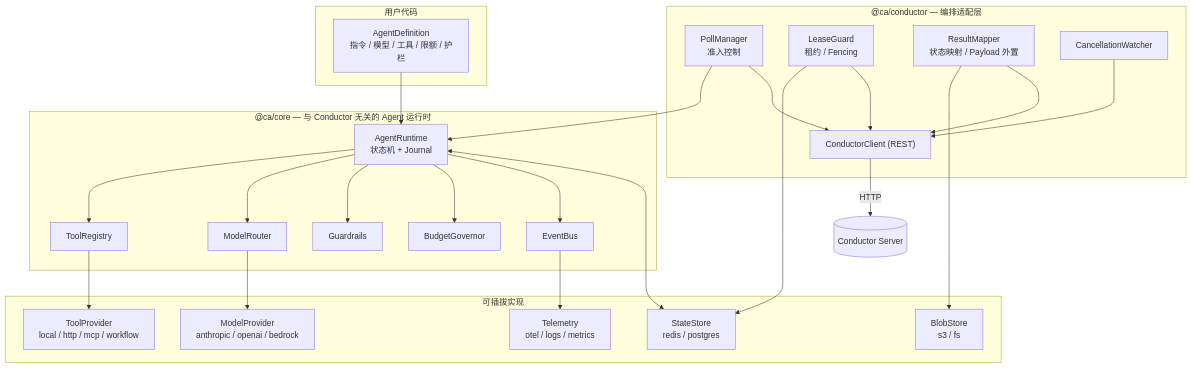
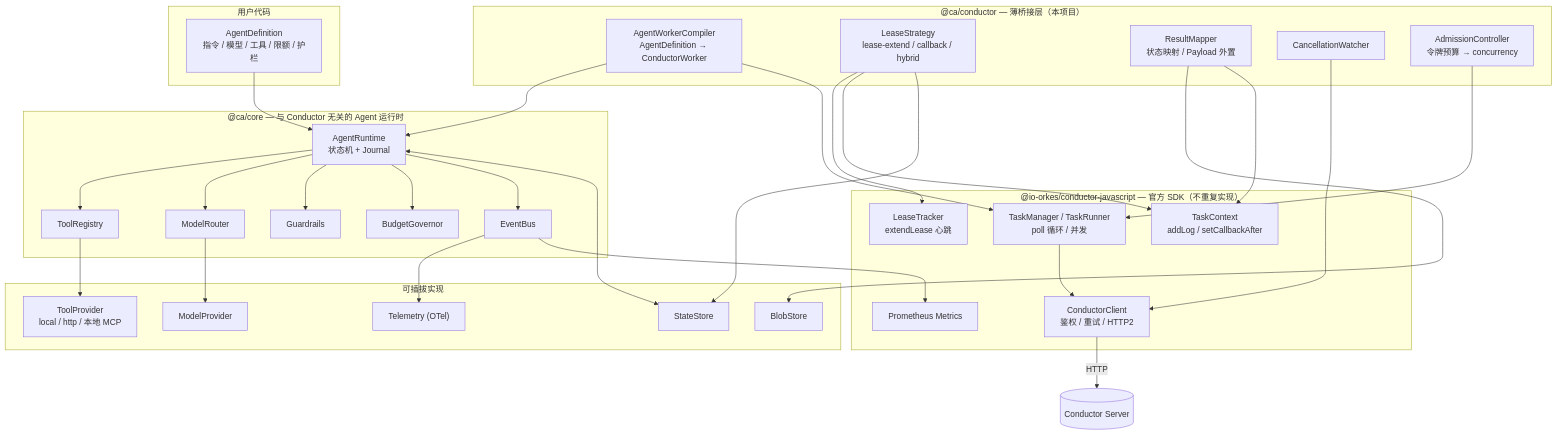
One commit to yiyisf/agent-worker changed the diagram in docs/architecture.md. Above: the diagram before and after it, drawn with Mermaid. The commit also changed other lines of this file and 24 other files, not shown here.

````diff
--- a/docs/architecture.md
+++ b/docs/architecture.md
@@ -66,43 +120,55 @@
 ```mermaid
 graph TB
   subgraph 用户代码
     AD["AgentDefinition<br/>指令 / 模型 / 工具 / 限额 / 护栏"]
   end
 
   subgraph "@ca/core — 与 Conductor 无关的 Agent 运行时"
     RT["AgentRuntime<br/>状态机 + Journal"]
     TR["ToolRegistry"]
     MR["ModelRouter"]
     GR["Guardrails"]
     BG["BudgetGovernor"]
     EV["EventBus"]
   end
 
-  subgraph "@ca/conductor — 编排适配层"
-    PM["PollManager<br/>准入控制"]
-    LG["LeaseGuard<br/>租约 / Fencing"]
+  subgraph "@ca/conductor — 薄桥接层（本项目）"
+    CP["AgentWorkerCompiler<br/>AgentDefinition → ConductorWorker"]
+    LS["LeaseStrategy<br/>lease-extend / callback / hybrid"]
     RM["ResultMapper<br/>状态映射 / Payload 外置"]
     CW["CancellationWatcher"]
-    CC["ConductorClient (REST)"]
+    AC["AdmissionController<br/>令牌预算 → concurrency"]
+  end
+
+  subgraph "@io-orkes/conductor-javascript — 官方 SDK（不重复实现）"
+    OC["ConductorClient<br/>鉴权 / 重试 / HTTP2"]
+    TM["TaskManager / TaskRunner<br/>poll 循环 / 并发"]
+    LT["LeaseTracker<br/>extendLease 心跳"]
+    TC["TaskContext<br/>addLog / setCallbackAfter"]
+    MT["Prometheus Metrics"]
   end
 
   subgraph 可插拔实现
-    MP["ModelProvider<br/>anthropic / openai / bedrock"]
-    TP["ToolProvider<br/>local / http / mcp / workflow"]
-    ST["StateStore<br/>redis / postgres"]
-    BS["BlobStore<br/>s3 / fs"]
-    OB["Telemetry<br/>otel / logs / metrics"]
+    MP["ModelProvider"]
+    TP["ToolProvider<br/>local / http / 本地 MCP"]
+    ST["StateStore"]
+    BS["BlobStore"]
+    OB["Telemetry (OTel)"]
   end
 
   AD --> RT
   RT --> TR & MR & GR & BG & EV
   MR --> MP
   TR --> TP
   RT <--> ST
-  PM --> RT
-  LG --> ST
-  RM --> BS
-  PM & LG & RM & CW --> CC
-  CC -->|HTTP| CD[(Conductor Server)]
-  EV --> OB
+  CP --> RT
+  CP --> TM
+  LS --> LT & TC
+  LS --> ST
+  RM --> BS & TC
+  AC --> TM
+  CW --> OC
+  TM --> OC
+  OC -->|HTTP| CD[(Conductor Server)]
+  EV --> OB & MT
 ```
````
